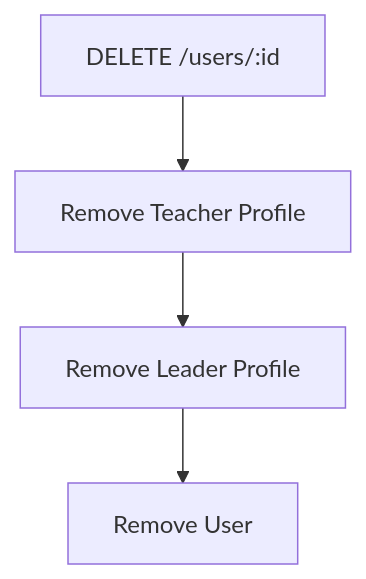
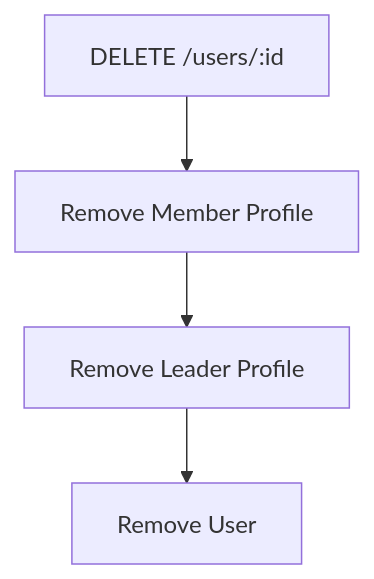
Before and after one commit to orfanatonib/orfanatonib-api: the third of 3 diagrams in docs/modules/users/Users_API_Documentation.md, drawn with Mermaid. The commit also changed other lines of this file and 128 other files, not shown here.

First line of the commit message:
refactor: rename teacher-profile module to member-profile

````diff
--- a/docs/modules/users/Users_API_Documentation.md
+++ b/docs/modules/users/Users_API_Documentation.md
@@ -341,6 +341,6 @@
 ```mermaid
 graph TD
-    A[DELETE /users/:id] --> B[Remove Teacher Profile]
+    A[DELETE /users/:id] --> B[Remove Member Profile]
     B --> C[Remove Leader Profile]
     C --> D[Remove User]
 ```
````
